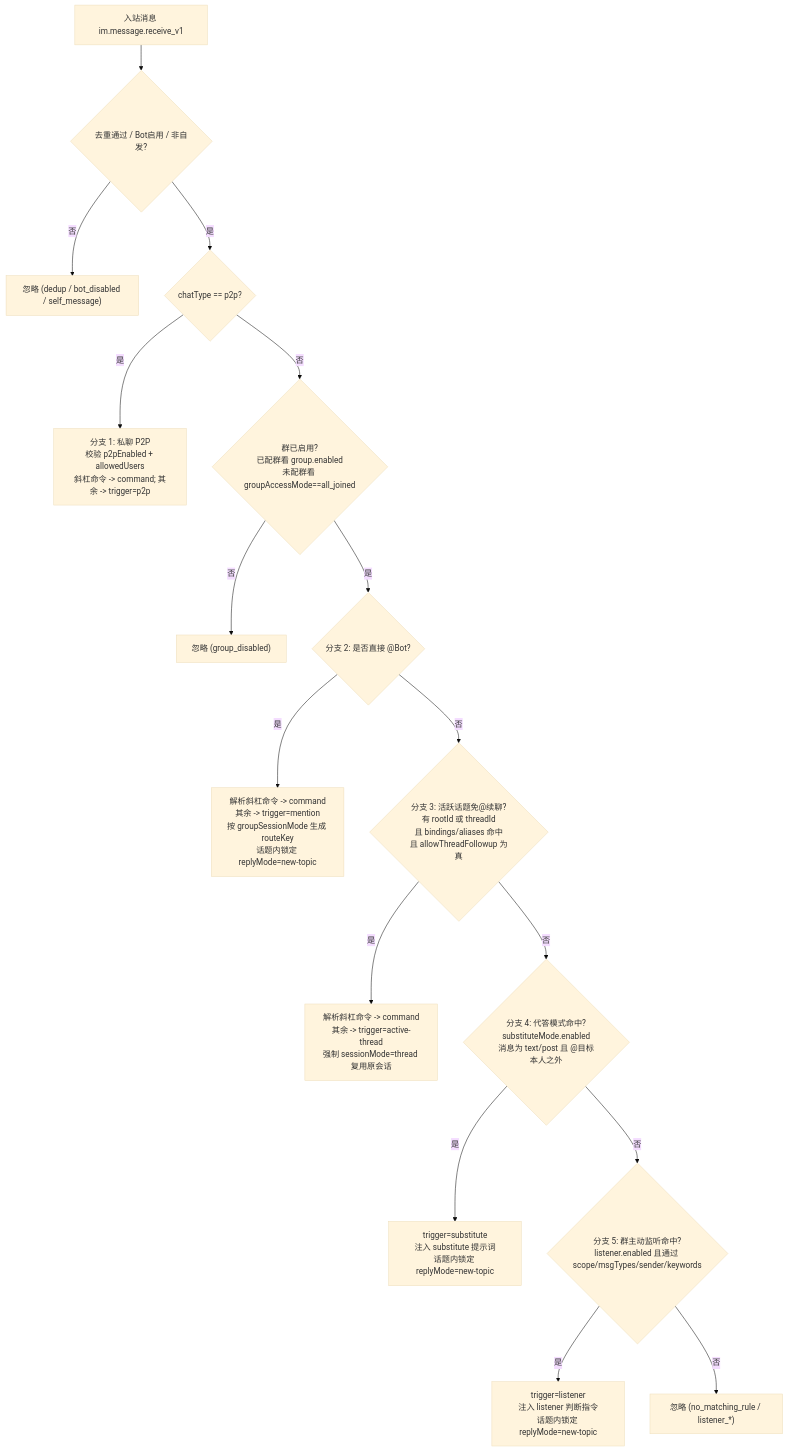
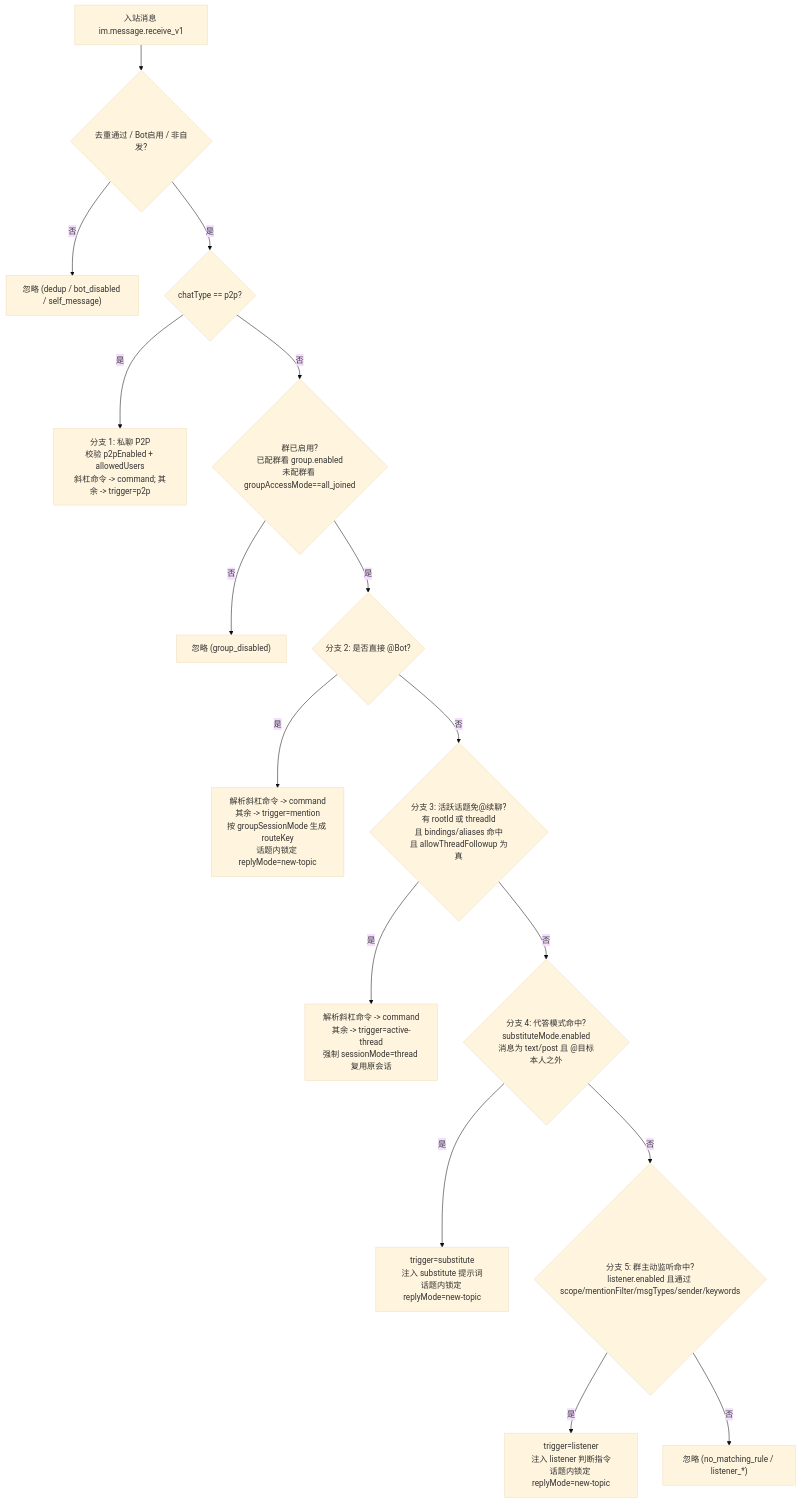
One commit to harryzhz/dsh-lark-bridge changed the second of 5 diagrams in docs/architecture/session-management.md. Above: the diagram before and after it, drawn with Mermaid (base theme). The commit also changed 7 other files, not shown here.

````diff
--- a/docs/architecture/session-management.md
+++ b/docs/architecture/session-management.md
@@ -101,23 +101,23 @@
 ```mermaid
 flowchart TD
     IN["入站消息 im.message.receive_v1"] --> GATE0{"去重通过 / Bot启用 / 非自发?"}
     GATE0 -- "否" --> DROP0["忽略 (dedup / bot_disabled / self_message)"]
     GATE0 -- "是" --> ISP2P{"chatType == p2p?"}
 
     ISP2P -- "是" --> B1["分支 1: 私聊 P2P\n校验 p2pEnabled + allowedUsers\n斜杠命令 -> command; 其余 -> trigger=p2p"]
     ISP2P -- "否" --> GRPGATE{"群已启用?\n已配群看 group.enabled\n未配群看 groupAccessMode==all_joined"}
     GRPGATE -- "否" --> DROP1["忽略 (group_disabled)"]
 
     GRPGATE -- "是" --> B2{"分支 2: 是否直接 @Bot?"}
     B2 -- "是" --> B2OUT["解析斜杠命令 -> command\n其余 -> trigger=mention\n按 groupSessionMode 生成 routeKey\n话题内锁定 replyMode=new-topic"]
 
     B2 -- "否" --> B3{"分支 3: 活跃话题免@续聊?\n有 rootId 或 threadId\n且 bindings/aliases 命中\n且 allowThreadFollowup 为真"}
     B3 -- "是" --> B3OUT["解析斜杠命令 -> command\n其余 -> trigger=active-thread\n强制 sessionMode=thread 复用原会话"]
 
     B3 -- "否" --> B4{"分支 4: 代答模式命中?\nsubstituteMode.enabled\n消息为 text/post 且 @目标本人之外"}
     B4 -- "是" --> B4OUT["trigger=substitute\n注入 substitute 提示词\n话题内锁定 replyMode=new-topic"]
 
-    B4 -- "否" --> B5{"分支 5: 群主动监听命中?\nlistener.enabled 且通过 scope/msgTypes/sender/keywords"}
+    B4 -- "否" --> B5{"分支 5: 群主动监听命中?\nlistener.enabled 且通过 scope/mentionFilter/msgTypes/sender/keywords"}
     B5 -- "是" --> B5OUT["trigger=listener\n注入 listener 判断指令\n话题内锁定 replyMode=new-topic"]
     B5 -- "否" --> DROP2["忽略 (no_matching_rule / listener_*)"]
 ```
````
